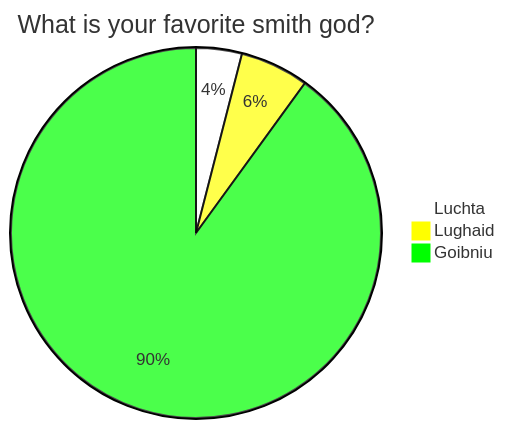
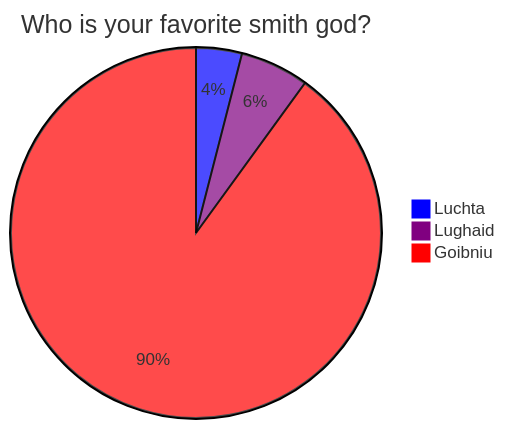
The diagram in src/docs/editing/charts-and-graphs.md (openordu/ordu-11ty), drawn with Mermaid before and after one commit. The commit also changed other lines of this file and 204 other files, not shown here.

````diff
--- a/src/docs/editing/charts-and-graphs.md
+++ b/src/docs/editing/charts-and-graphs.md
@@ -36,8 +36,8 @@
 ```mermaid
-%%{init: {'theme': 'base', 'themeVariables': { 'pie1': '#FFFFFF', 'pie2': '#FFFF00', 'pie3': '#00FF00', 'pie4': '#0000FF', 'pie5': '#800080', 'pie6': '#ff0000', 'pie7': '#FFA500'}}}%%
+%%{init: {'theme': 'base', 'themeVariables': { 'pie1': '#0000FF', 'pie2': '#800080', 'pie3': '#ff0000', 'pie4': '#FFA500'}}}%%
 pie
-title What is your favorite smith god?
+title Who is your favorite smith god?
   "Luchta" : 2
   "Lughaid" : 3
   "Goibniu" : 45
 ```
````
